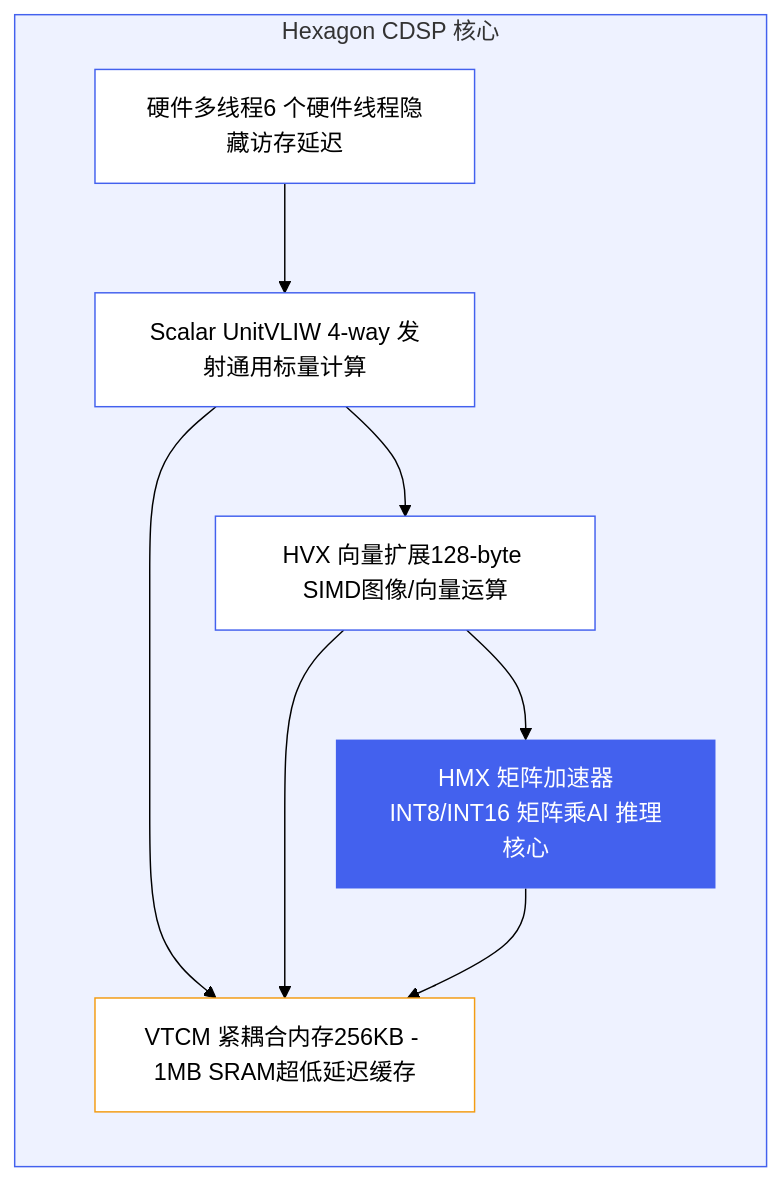
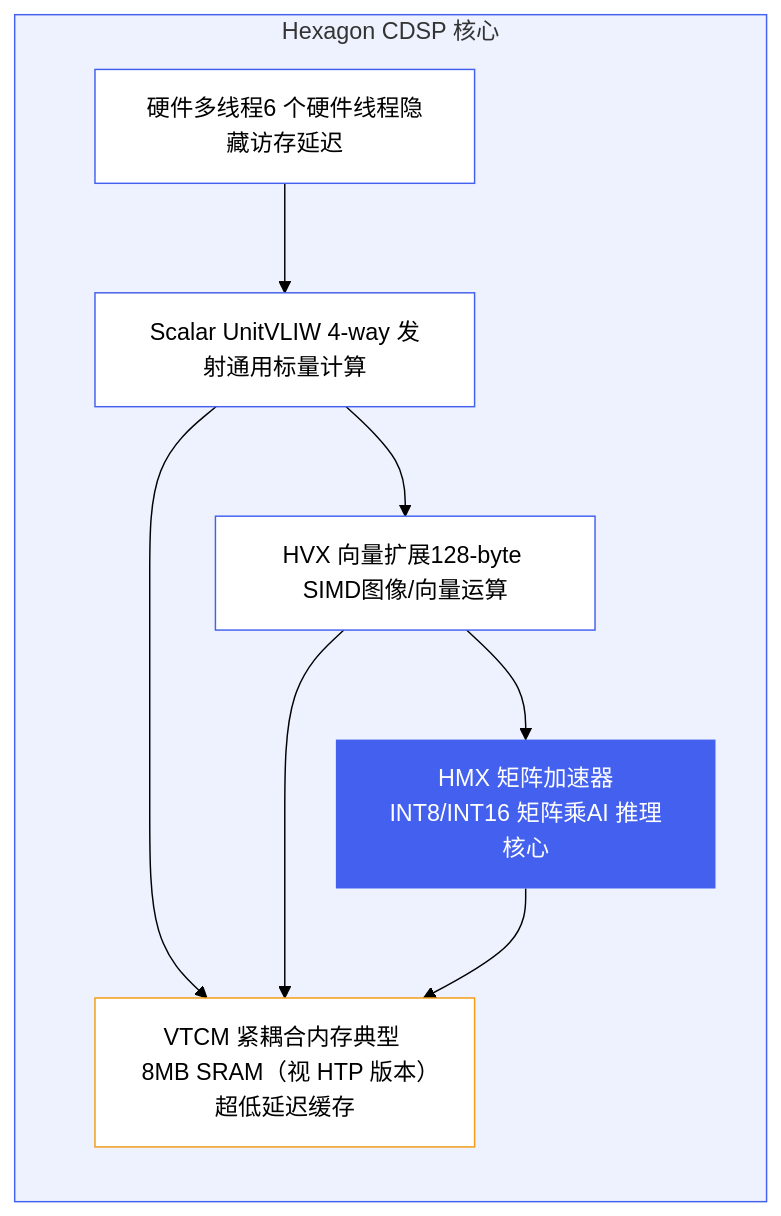
The second of 9 diagrams in cockpit/general/hardware.md (ranpin/edge-ai-docs), drawn with Mermaid (forest theme) before and after one commit. The commit also changed other lines of this file and 13 other files, not shown here.

````diff
--- a/cockpit/general/hardware.md
+++ b/cockpit/general/hardware.md
@@ -69,24 +90,24 @@
 ```mermaid
 graph LR
     subgraph Hexagon_CDSP["Hexagon CDSP 核心"]
         direction TB
         SCALAR["Scalar UnitVLIW 4-way 发射通用标量计算"]
         HVX["HVX 向量扩展128-byte SIMD图像/向量运算"]
         HMX["HMX 矩阵加速器INT8/INT16 矩阵乘AI 推理核心"]
-        VTCM["VTCM 紧耦合内存256KB - 1MB SRAM超低延迟缓存"]
+        VTCM["VTCM 紧耦合内存典型 8MB SRAM（视 HTP 版本）超低延迟缓存"]
         HWT["硬件多线程6 个硬件线程隐藏访存延迟"]
     end
     SCALAR --> HVX
     HVX --> HMX
     SCALAR --> VTCM
     HVX --> VTCM
     HMX --> VTCM
     HWT --> SCALAR
 
     style Hexagon_CDSP fill:#eef2ff,stroke:#4361ee
     style SCALAR fill:#fff,stroke:#4361ee
     style HVX fill:#fff,stroke:#4361ee
     style HMX fill:#4361ee,color:#fff,stroke:none
     style VTCM fill:#fff,stroke:#f39c12
     style HWT fill:#fff,stroke:#4361ee
 ```
````
